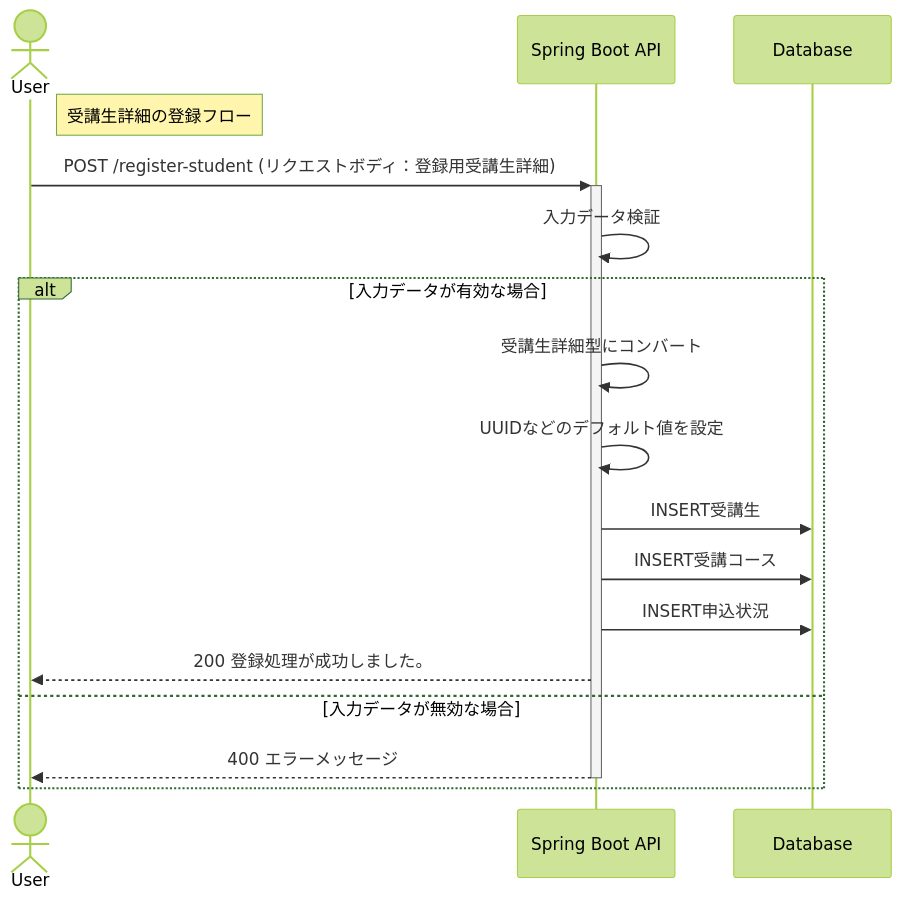
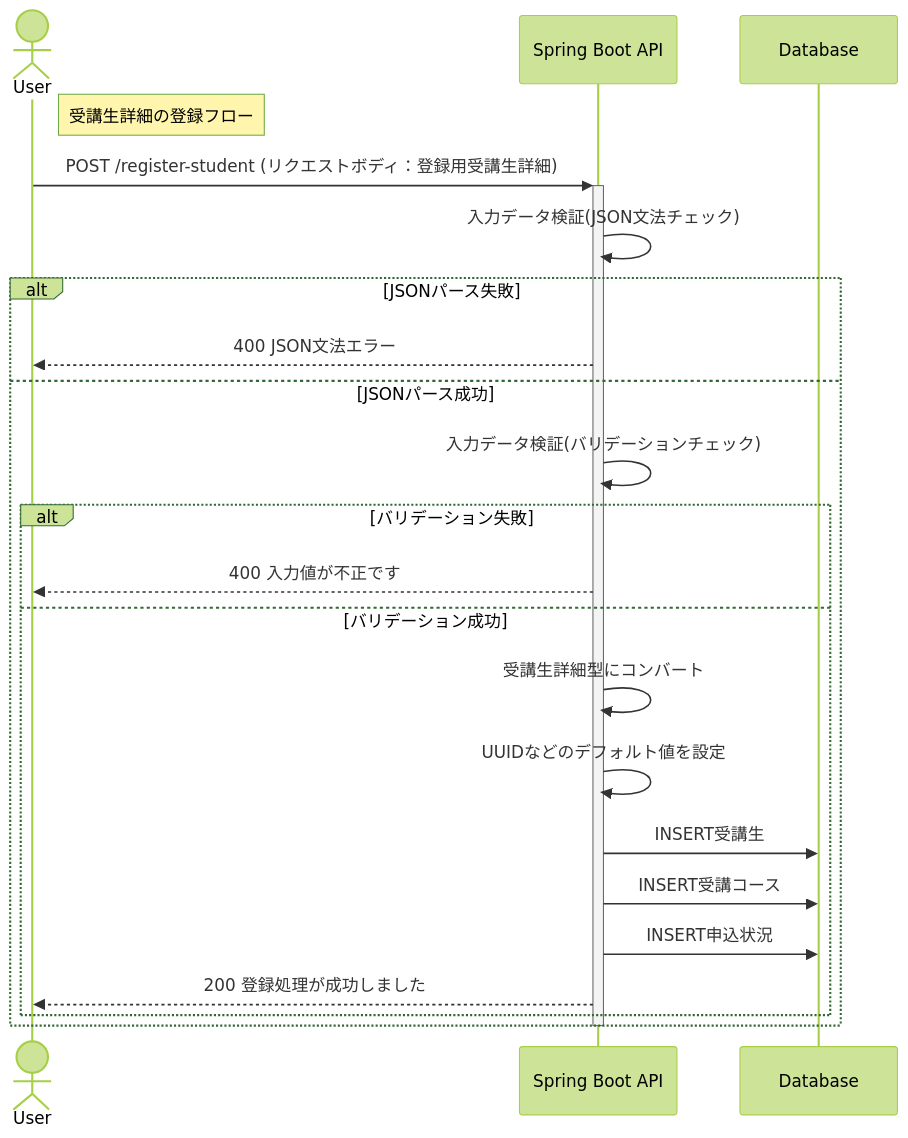
The third of 4 diagrams in README.md (anmitsu-nagaya/StudentManagement), drawn with Mermaid (forest theme) before and after one commit. The commit also changed other lines of this file, not shown here.

````diff
--- a/README.md
+++ b/README.md
@@ -154,19 +184,28 @@
 ```mermaid
 sequenceDiagram
     actor User
     participant API as Spring Boot API
     participant DB as Database
     Note right of User: 受講生詳細の登録フロー
     User ->>+ API: POST /register-student (リクエストボディ：登録用受講生詳細)
-    API ->> API: 入力データ検証
-    alt 入力データが有効な場合
-        API ->> API: 受講生詳細型にコンバート
-        API ->> API: UUIDなどのデフォルト値を設定
-        API ->> DB: INSERT受講生
-        API ->> DB: INSERT受講コース
-        API ->> DB: INSERT申込状況
-        API -->> User: 200 登録処理が成功しました。
-    else 入力データが無効な場合
-        API -->>- User: 400 エラーメッセージ
+    API ->> API: 入力データ検証(JSON文法チェック)
+    
+    alt JSONパース失敗
+        API -->> User: 400 JSON文法エラー
+    else JSONパース成功
+        API ->> API: 入力データ検証(バリデーションチェック)
+        
+        alt バリデーション失敗
+            API -->> User: 400 入力値が不正です
+        else バリデーション成功
+            API ->> API: 受講生詳細型にコンバート
+            API ->> API: UUIDなどのデフォルト値を設定
+            API ->> DB: INSERT受講生
+            API ->> DB: INSERT受講コース
+            API ->> DB: INSERT申込状況
+            API -->> User: 200 登録処理が成功しました
+        end
     end
+    
+    deactivate API
 ```
````
